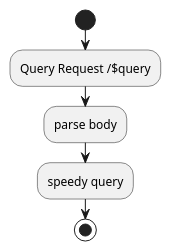
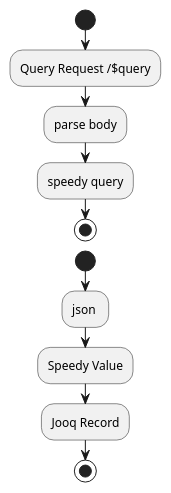
The diagram in architecture.puml (SilentSamurai/Speedy-API), drawn with PlantUML before and after one commit. The commit also changed 90 other files, not shown here.

```diff
--- a/architecture.puml
+++ b/architecture.puml
@@ -3,13 +3,23 @@
 @startuml
 
 start
 
 :Query Request /$query;
 
 :parse body;
 :speedy query;
 
 
 stop
 
+start
+
+:json ;
+
+:Speedy Value;
+
+:Jooq Record;
+
+stop
+
 @enduml
```
